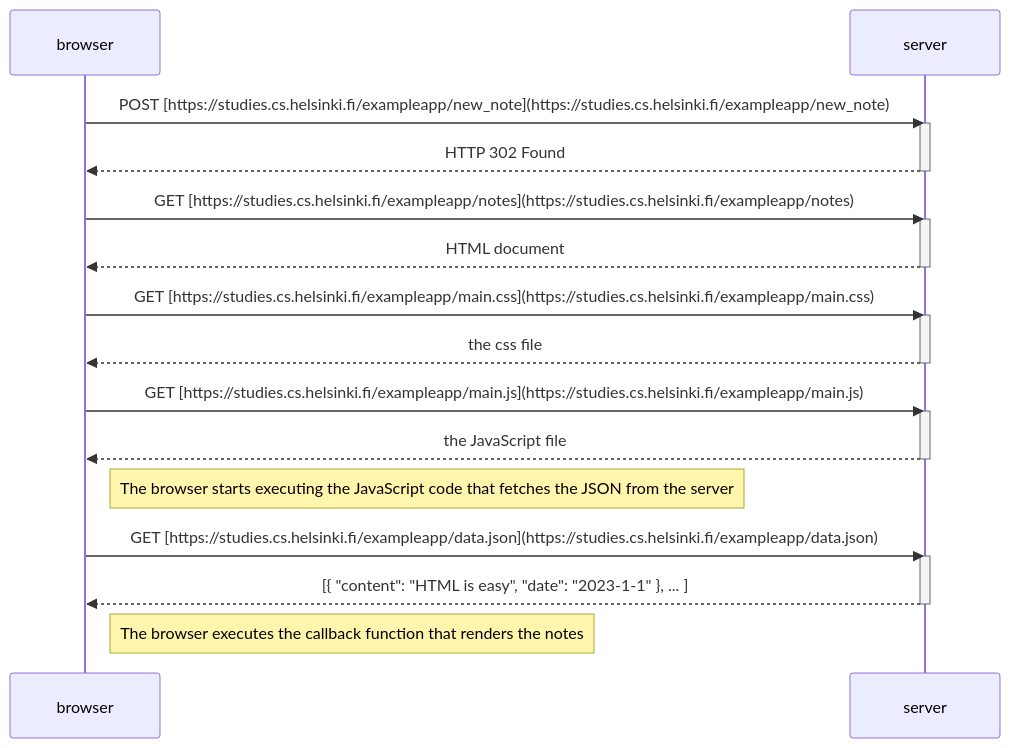
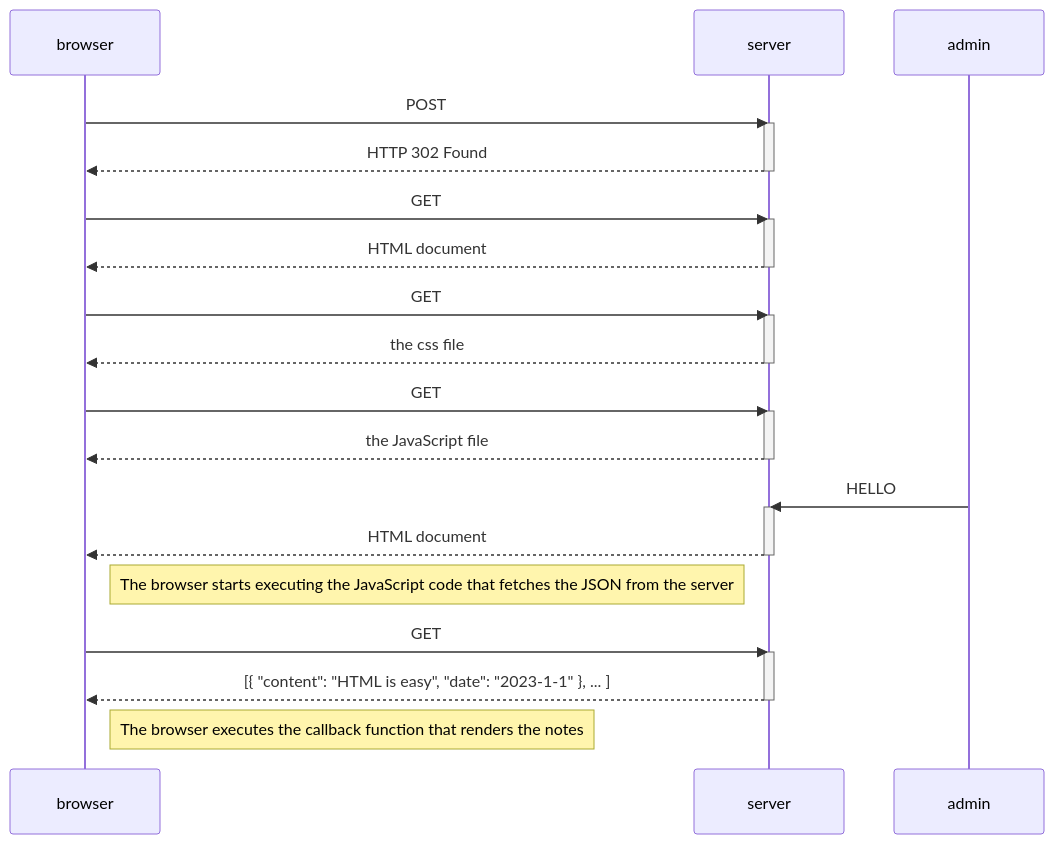
Before and after one commit to Abhijith3330/FULLSTACKOPEN: the diagram in part0/0.4.md, drawn with Mermaid.

````diff
--- a/part0/0.4.md
+++ b/part0/0.4.md
@@ -2,34 +2,39 @@
 ```mermaid
 sequenceDiagram
     participant browser
     participant server
+    participant admin
 
-    browser->>server: POST [https://studies.cs.helsinki.fi/exampleapp/new_note](https://studies.cs.helsinki.fi/exampleapp/new_note)
+    browser->>server: POST
     activate server
     server-->>browser: HTTP 302 Found
     deactivate server
 
-    browser->>server: GET [https://studies.cs.helsinki.fi/exampleapp/notes](https://studies.cs.helsinki.fi/exampleapp/notes)
+    browser->>server: GET 
     activate server
     server-->>browser: HTML document
     deactivate server
 
-    browser->>server: GET [https://studies.cs.helsinki.fi/exampleapp/main.css](https://studies.cs.helsinki.fi/exampleapp/main.css)
+    browser->>server: GET 
     activate server
     server-->>browser: the css file
     deactivate server
 
-    browser->>server: GET [https://studies.cs.helsinki.fi/exampleapp/main.js](https://studies.cs.helsinki.fi/exampleapp/main.js)
+    browser->>server: GET 
     activate server
     server-->>browser: the JavaScript file
+    deactivate server
+    admin->>server: HELLO 
+    activate server
+    server-->>browser: HTML document
     deactivate server
 
     Note right of browser: The browser starts executing the JavaScript code that fetches the JSON from the server
 
-    browser->>server: GET [https://studies.cs.helsinki.fi/exampleapp/data.json](https://studies.cs.helsinki.fi/exampleapp/data.json)
+    browser->>server: GET 
     activate server
     server-->>browser: [{ "content": "HTML is easy", "date": "2023-1-1" }, ... ]
     deactivate server
 
     Note right of browser: The browser executes the callback function that renders the notes
 ```
````
